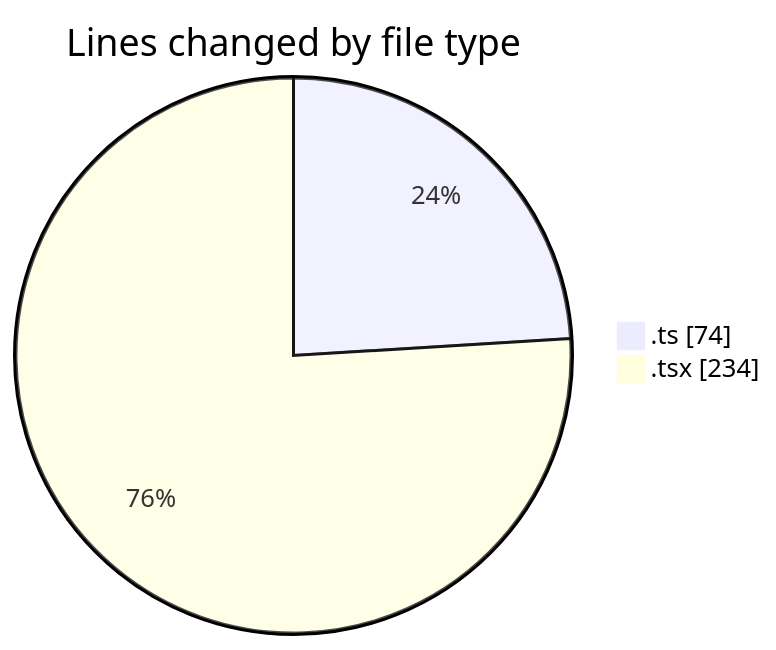
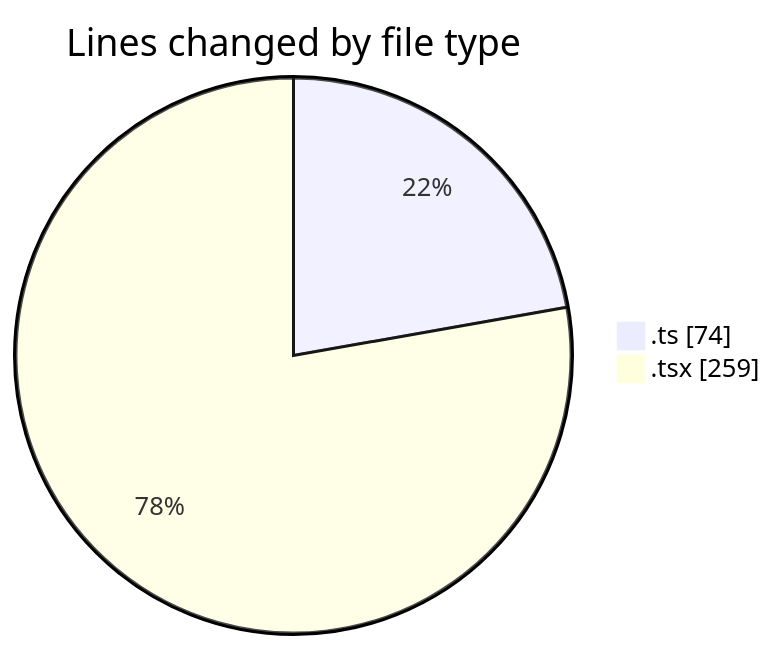
The first of 2 diagrams in 2025-01-25/termonied-web/README.md (robertbonfada/code-tracking), drawn with Mermaid before and after one commit. The commit also changed other lines of this file and 1 other file, not shown here.

````diff
--- a/2025-01-25/termonied-web/README.md
+++ b/2025-01-25/termonied-web/README.md
@@ -21,6 +21,6 @@
 ```mermaid
 pie showData
 title Lines changed by file type
 ".ts" : 74
-".tsx" : 234
+".tsx" : 259
 ```
````
